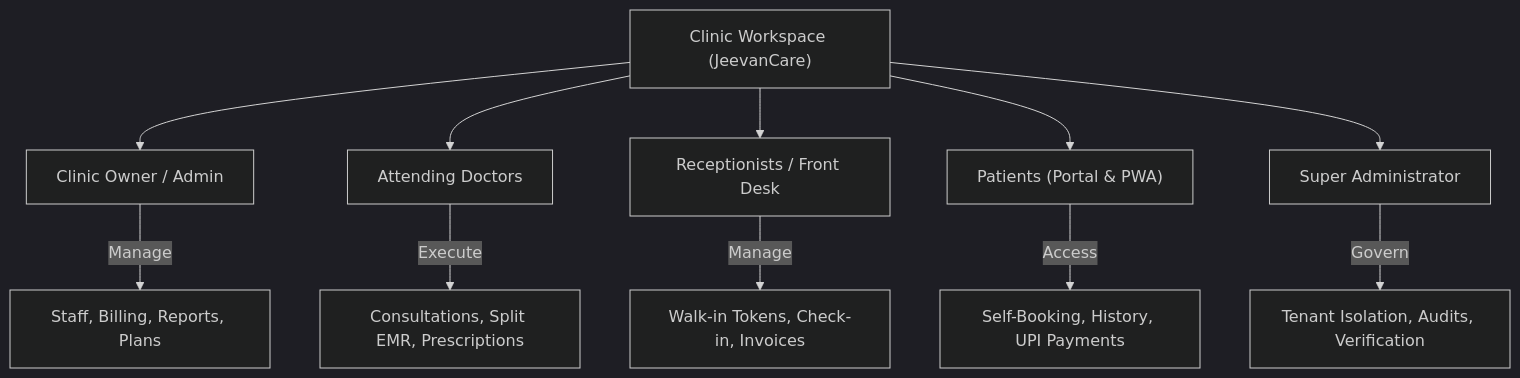
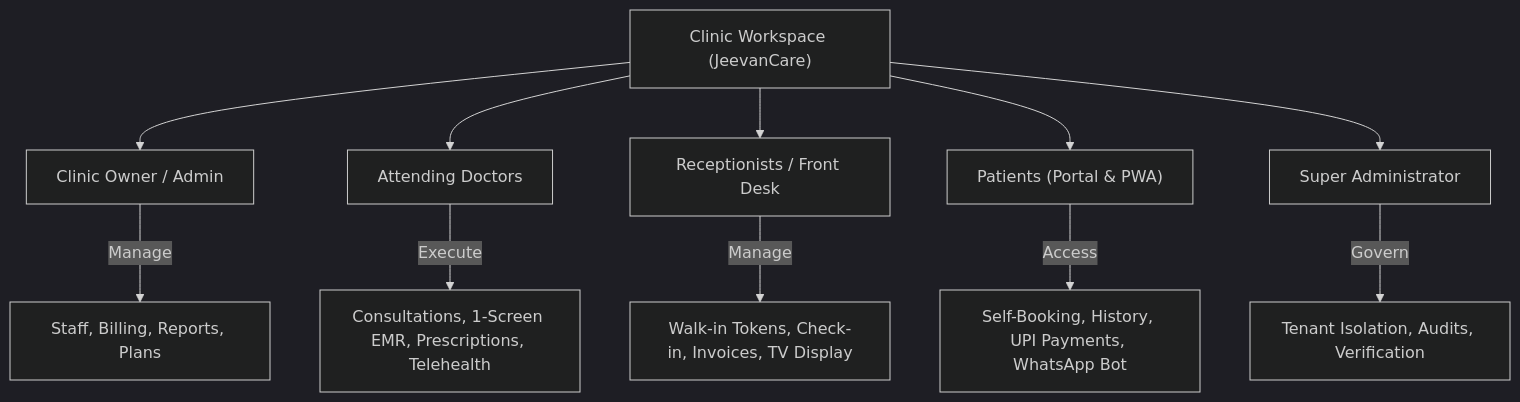
Before and after one commit to lakshmistoresonline-afk/JeevanCare: the first of 2 diagrams in JEEVANCARE_EXECUTIVE_PRESENTATION_REPORT.md, drawn with Mermaid (dark theme). The commit also changed other lines of this file, not shown here.

Commit message:
docs(reports): update master product presentation reports with complete v4.0 architecture, workflow fixes, and production release notes

````diff
--- a/JEEVANCARE_EXECUTIVE_PRESENTATION_REPORT.md
+++ b/JEEVANCARE_EXECUTIVE_PRESENTATION_REPORT.md
@@ -23,14 +34,14 @@
 ```mermaid
 graph TD
     A["Clinic Workspace (JeevanCare)"] --> B["Clinic Owner / Admin"]
     A --> C["Attending Doctors"]
     A --> D["Receptionists / Front Desk"]
     A --> E["Patients (Portal & PWA)"]
     A --> F["Super Administrator"]
 
     B -->|Manage| G["Staff, Billing, Reports, Plans"]
-    C -->|Execute| H["Consultations, Split EMR, Prescriptions"]
-    D -->|Manage| I["Walk-in Tokens, Check-in, Invoices"]
-    E -->|Access| J["Self-Booking, History, UPI Payments"]
+    C -->|Execute| H["Consultations, 1-Screen EMR, Prescriptions, Telehealth"]
+    D -->|Manage| I["Walk-in Tokens, Check-in, Invoices, TV Display"]
+    E -->|Access| J["Self-Booking, History, UPI Payments, WhatsApp Bot"]
     F -->|Govern| K["Tenant Isolation, Audits, Verification"]
 ```
````
